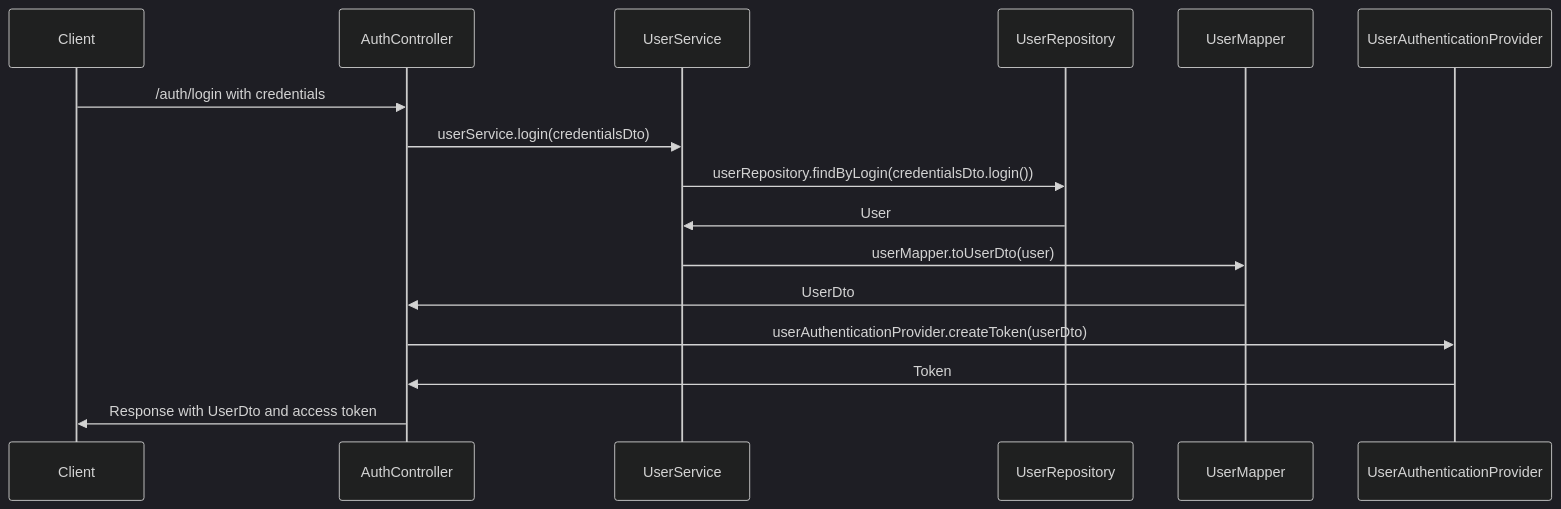
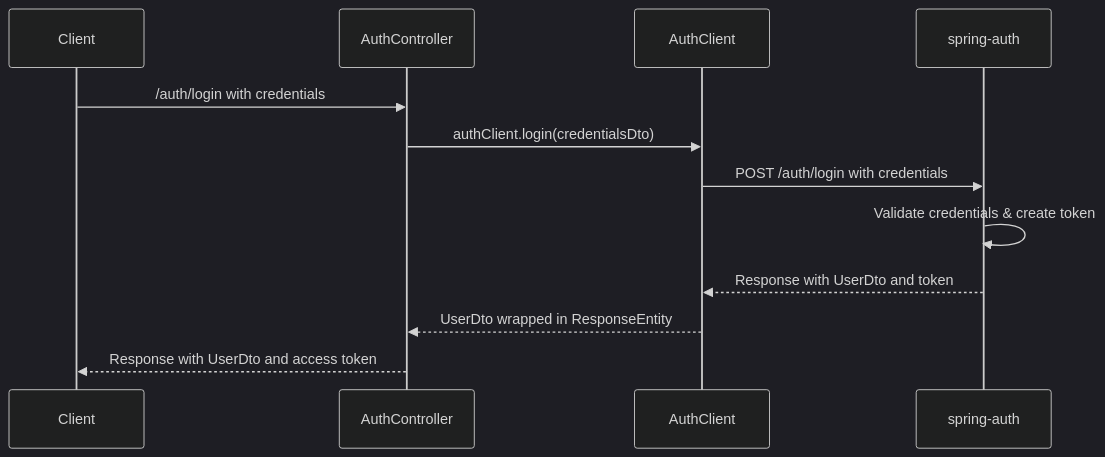
The first of 5 diagrams in doc/process-documentation.md (OrifInformatique/template_frontback), drawn with Mermaid (dark theme) before and after one commit. The commit also changed other lines of this file, not shown here.

````diff
--- a/doc/process-documentation.md
+++ b/doc/process-documentation.md
@@ -112,19 +117,15 @@
 ```mermaid
 sequenceDiagram
     participant Client
     participant AuthController
-    participant UserService
-    participant UserRepository
-    participant UserMapper
-    participant UserAuthenticationProvider
+    participant AuthClient
+    participant spring-auth
 
     Client->>AuthController: /auth/login with credentials
-    AuthController->>UserService: userService.login(credentialsDto)
-    UserService->>UserRepository: userRepository.findByLogin(credentialsDto.login())
-    UserRepository->>UserService: User
-    UserService->>UserMapper: userMapper.toUserDto(user)
-    UserMapper->>AuthController: UserDto
-    AuthController->>UserAuthenticationProvider: userAuthenticationProvider.createToken(userDto)
-    UserAuthenticationProvider->>AuthController: Token
-    AuthController->>Client: Response with UserDto and access token
+    AuthController->>AuthClient: authClient.login(credentialsDto)
+    AuthClient->>spring-auth: POST /auth/login with credentials
+    spring-auth->>spring-auth: Validate credentials & create token
+    spring-auth-->>AuthClient: Response with UserDto and token
+    AuthClient-->>AuthController: UserDto wrapped in ResponseEntity
+    AuthController-->>Client: Response with UserDto and access token
 ```
````
